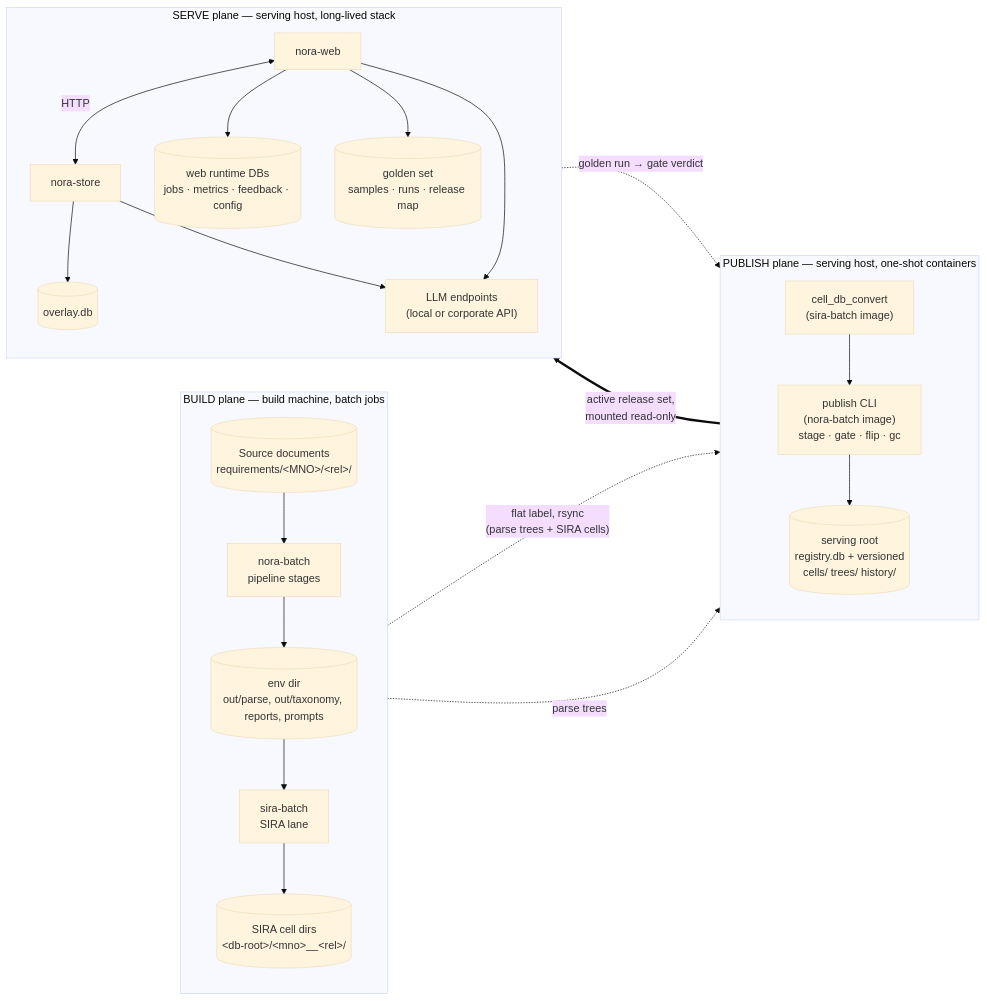
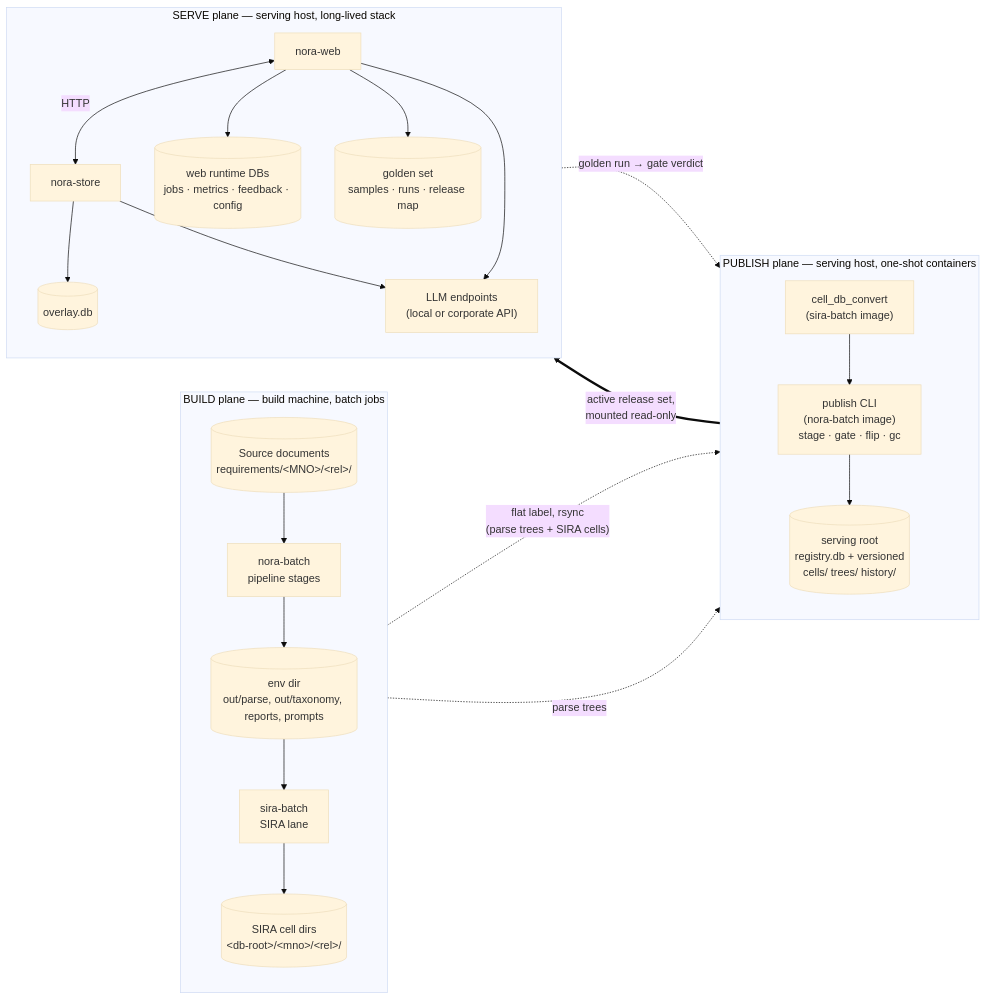
Before and after one commit to kurnoolion/nora: the first of 19 diagrams in docs/architecture.md, drawn with Mermaid (base theme). The commit also changed other lines of this file and 60 other files, not shown here.

````diff
--- a/docs/architecture.md
+++ b/docs/architecture.md
@@ -81,42 +81,42 @@
 ```mermaid
 flowchart LR
   subgraph build["BUILD plane — build machine, batch jobs"]
     direction TB
     src[("Source documents<br/>requirements/&lt;MNO&gt;/&lt;rel&gt;/")]
     nb["nora-batch<br/>pipeline stages"]
     envdir[("env dir<br/>out/parse, out/taxonomy, reports, prompts")]
     sb["sira-batch<br/>SIRA lane"]
-    cells[("SIRA cell dirs<br/>&lt;db-root&gt;/&lt;mno&gt;__&lt;rel&gt;/")]
+    cells[("SIRA cell dirs<br/>&lt;db-root&gt;/&lt;mno&gt;/&lt;rel&gt;/")]
     src --> nb --> envdir
     envdir --> sb --> cells
   end
 
   subgraph publishp["PUBLISH plane — serving host, one-shot containers"]
     direction TB
     conv["cell_db_convert<br/>(sira-batch image)"]
     pubcli["publish CLI<br/>(nora-batch image)<br/>stage · gate · flip · gc"]
     root[("serving root<br/>registry.db + versioned<br/>cells/ trees/ history/")]
     conv --> pubcli --> root
   end
 
   subgraph serve["SERVE plane — serving host, long-lived stack"]
     direction TB
     web["nora-web"]
     store["nora-store"]
     ovl[("overlay.db")]
     webdb[("web runtime DBs<br/>jobs · metrics · feedback · config")]
     golden[("golden set<br/>samples · runs · release map")]
     llm["LLM endpoints<br/>(local or corporate API)"]
     web <-->|"HTTP"| store
     store --> ovl
     web --> webdb
     web --> golden
     store --> llm
     web --> llm
   end
 
   envdir -. "flat label, rsync<br/>(parse trees + SIRA cells)" .-> conv
   envdir -. "parse trees" .-> pubcli
   root ==>|"active release set,<br/>mounted read-only"| store
   golden -. "golden run → gate verdict" .-> pubcli
 ```
````
